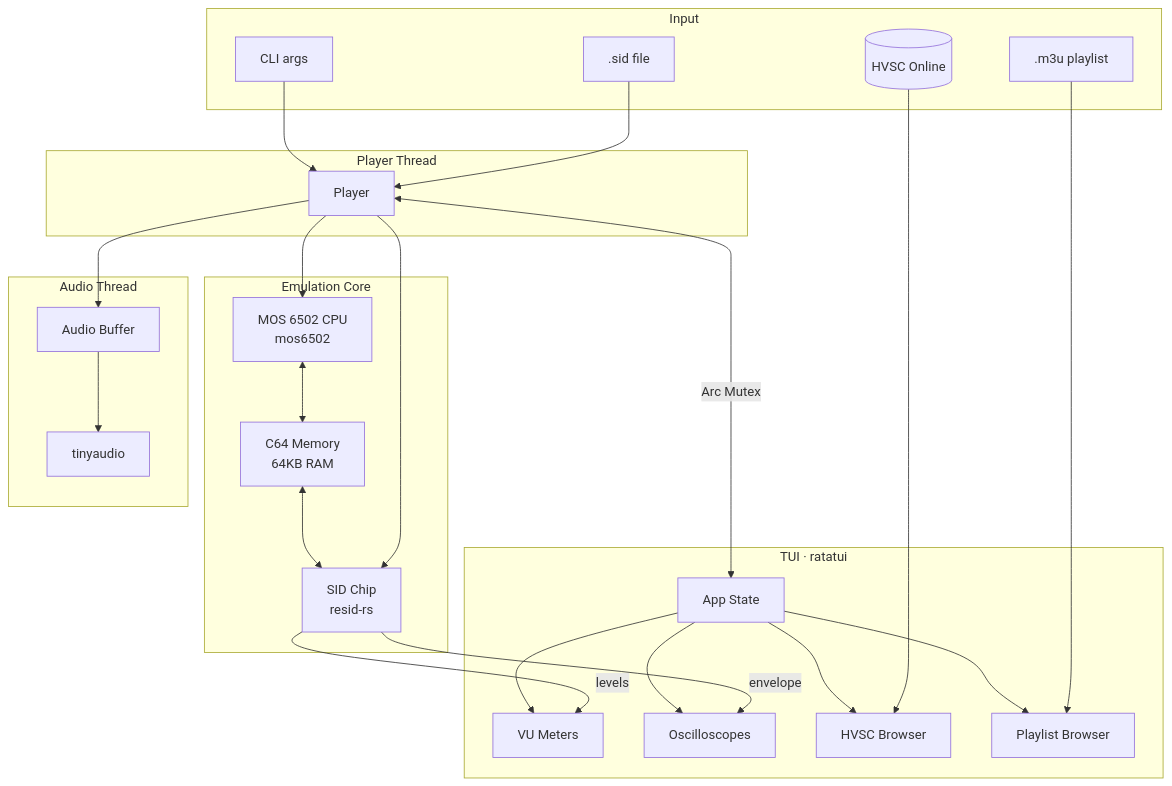
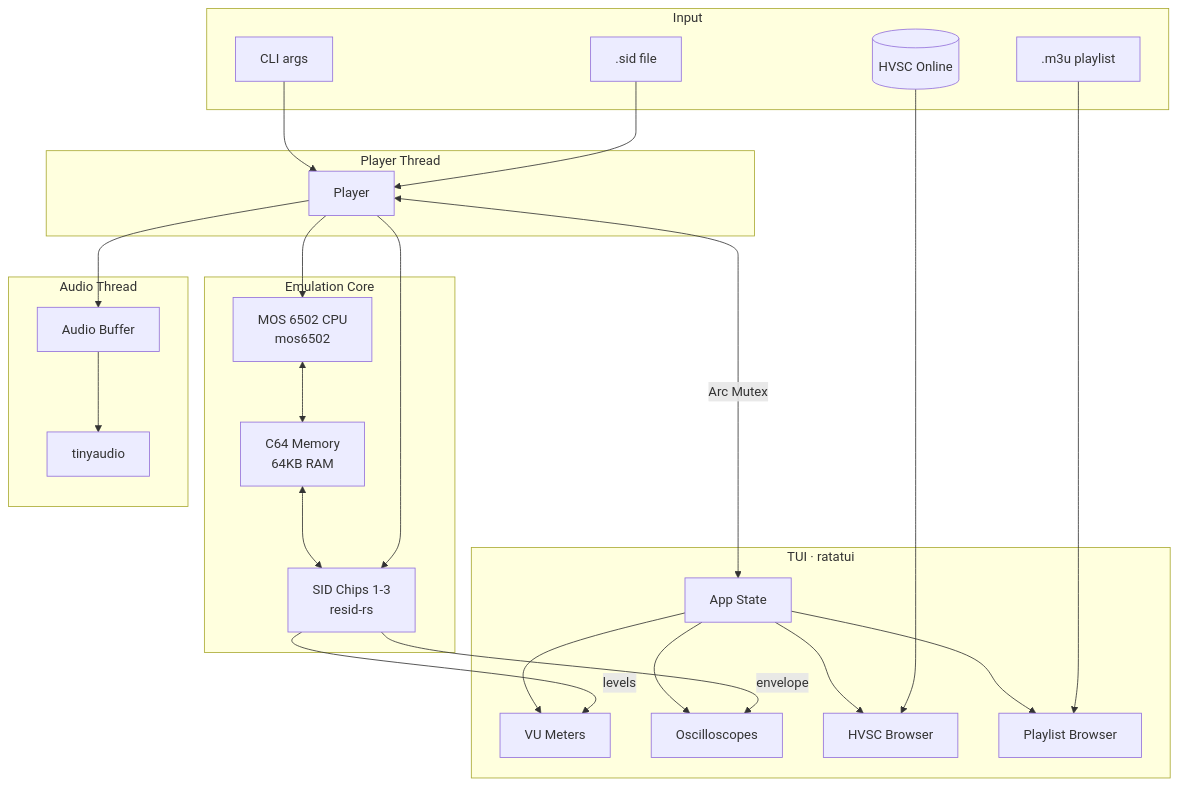
One commit to mlund/crabsid changed the diagram in README.md. Above: the diagram before and after it, drawn with Mermaid. The commit also changed other lines of this file and 10 other files, not shown here.

````diff
--- a/README.md
+++ b/README.md
@@ -91,51 +92,51 @@
 ```mermaid
 flowchart TB
     subgraph Input
         CLI[CLI args]
         SID[.sid file]
         M3U[.m3u playlist]
         HVSC[(HVSC Online)]
     end
 
     subgraph Core["Emulation Core"]
         CPU[MOS 6502 CPU<br/>mos6502]
         MEM[C64 Memory<br/>64KB RAM]
-        SIDCHIP[SID Chip<br/>resid-rs]
+        SIDCHIP[SID Chips 1-3<br/>resid-rs]
         CPU <--> MEM
         MEM <--> SIDCHIP
     end
 
     subgraph Player["Player Thread"]
         PLAYER[Player]
         PLAYER --> CPU
         PLAYER --> SIDCHIP
     end
 
     subgraph Audio["Audio Thread"]
         AUDIO[tinyaudio]
         BUFFER[Audio Buffer]
     end
 
     subgraph UI["TUI · ratatui"]
         APP[App State]
         VU[VU Meters]
         SCOPE[Oscilloscopes]
         BROWSER[HVSC Browser]
         PLAYLIST[Playlist Browser]
         APP --> VU
         APP --> SCOPE
         APP --> BROWSER
         APP --> PLAYLIST
     end
 
     CLI --> PLAYER
     SID --> PLAYER
     M3U --> PLAYLIST
     HVSC --> BROWSER
 
     PLAYER <-->|Arc Mutex| APP
     PLAYER --> BUFFER
     BUFFER --> AUDIO
     SIDCHIP -->|envelope| SCOPE
     SIDCHIP -->|levels| VU
 ```
````
